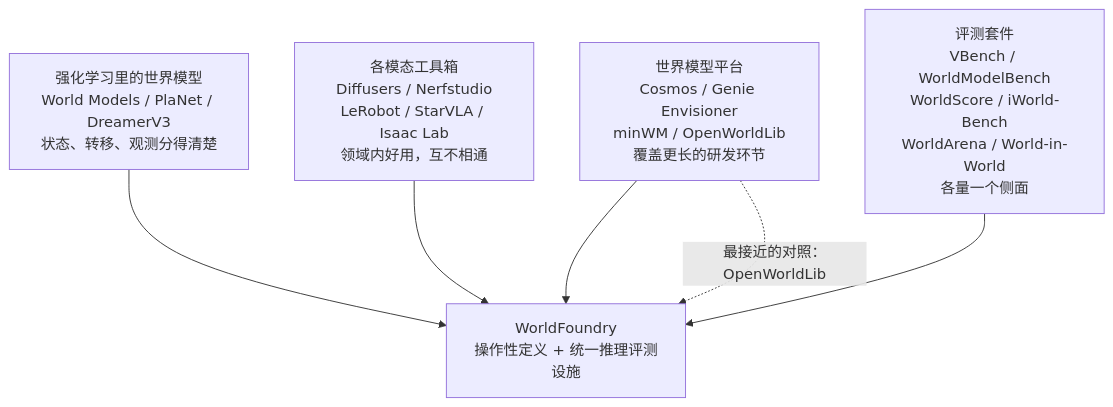
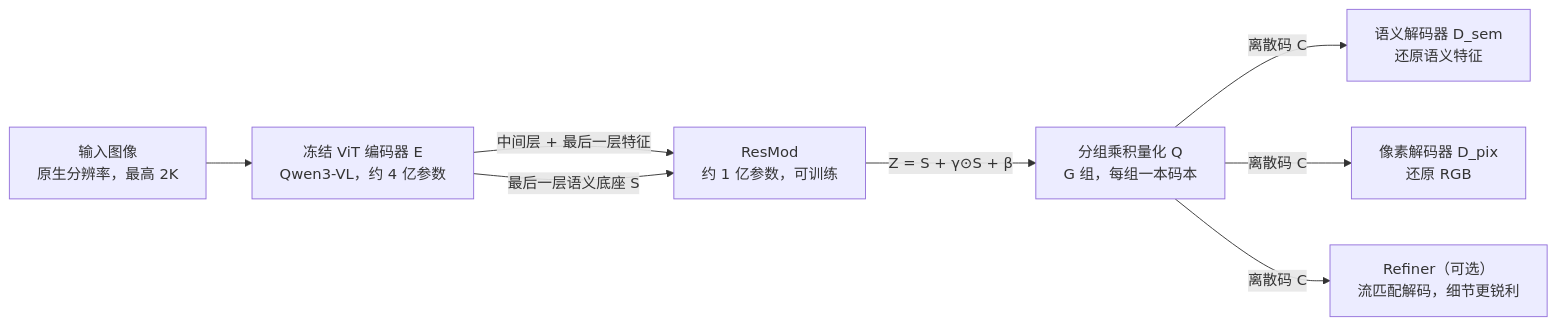
One commit to yingwang/paper-reads changed the second of 4 diagrams in docs/index.md. Above: the diagram before and after it, drawn with Mermaid. The commit also changed other lines of this file and 2 other files, not shown here.

````diff
--- a/docs/index.md
+++ b/docs/index.md
@@ -75,8 +98,10 @@
 ```mermaid
-flowchart TD
-    A["强化学习里的世界模型<br/>World Models / PlaNet / DreamerV3<br/>状态、转移、观测分得清楚"] --> E["WorldFoundry<br/>操作性定义 + 统一推理评测设施"]
-    B["各模态工具箱<br/>Diffusers / Nerfstudio<br/>LeRobot / StarVLA / Isaac Lab<br/>领域内好用，互不相通"] --> E
-    C["世界模型平台<br/>Cosmos / Genie Envisioner<br/>minWM / OpenWorldLib<br/>覆盖更长的研发环节"] --> E
-    D["评测套件<br/>VBench / WorldModelBench<br/>WorldScore / iWorld-Bench<br/>WorldArena / World-in-World<br/>各量一个侧面"] --> E
-    C -. "最接近的对照：OpenWorldLib" .-> E
+flowchart LR
+    X["输入图像<br/>原生分辨率，最高 2K"] --> E["冻结 ViT 编码器 E<br/>Qwen3-VL，约 4 亿参数"]
+    E -->|"中间层 + 最后一层特征"| R["ResMod<br/>约 1 亿参数，可训练"]
+    E -->|"最后一层语义底座 S"| R
+    R -->|"Z = S + γ⊙S + β"| Q["分组乘积量化 Q<br/>G 组，每组一本码本"]
+    Q -->|"离散码 C"| DS["语义解码器 D_sem<br/>还原语义特征"]
+    Q -->|"离散码 C"| DP["像素解码器 D_pix<br/>还原 RGB"]
+    Q -->|"离散码 C"| RF["Refiner（可选）<br/>流匹配解码，细节更锐利"]
 ```
````
